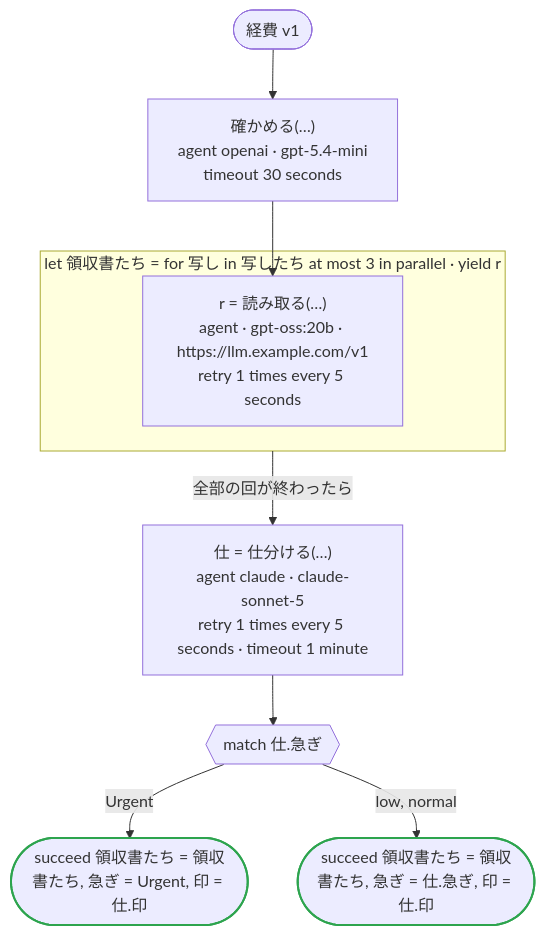
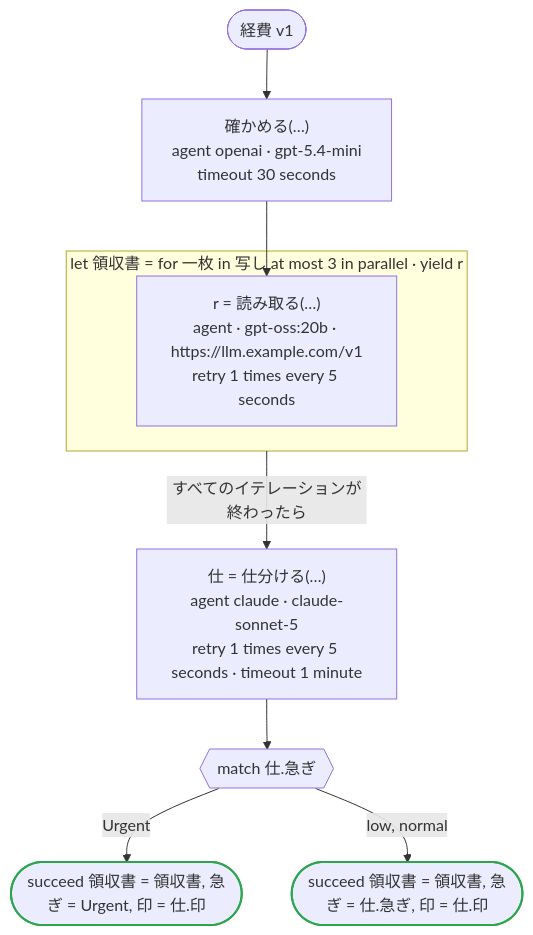
Before and after one commit to i2y/ritsu: the diagram in crates/dandori/tests/doc/tests-flows-agents.ja.md, drawn with Mermaid. The commit also changed other lines of this file and 143 other files, not shown here.

````diff
--- a/crates/dandori/tests/doc/tests-flows-agents.ja.md
+++ b/crates/dandori/tests/doc/tests-flows-agents.ja.md
@@ -9,21 +9,21 @@
 ```mermaid
 flowchart TD
     start(["経費 v1"])
     s1["確かめる(…)<br>agent openai · gpt-5.4-mini<br>timeout 30 seconds"]
-    subgraph L2 ["let 領収書たち = for 写し in 写したち at most 3 in parallel · yield r"]
+    subgraph L2 ["let 領収書 = for 一枚 in 写し at most 3 in parallel · yield r"]
         s3["r = 読み取る(…)<br>agent · gpt-oss:20b · https://llm.example.com/v1<br>retry 1 times every 5 seconds"]
     end
     s4["仕 = 仕分ける(…)<br>agent claude · claude-sonnet-5<br>retry 1 times every 5 seconds · timeout 1 minute"]
     s5{{"match 仕.急ぎ"}}
-    s6(["succeed 領収書たち = 領収書たち, 急ぎ = Urgent, 印 = 仕.印"])
-    s7(["succeed 領収書たち = 領収書たち, 急ぎ = 仕.急ぎ, 印 = 仕.印"])
+    s6(["succeed 領収書 = 領収書, 急ぎ = Urgent, 印 = 仕.印"])
+    s7(["succeed 領収書 = 領収書, 急ぎ = 仕.急ぎ, 印 = 仕.印"])
     start --> s1
     s1 --> s3
-    L2 -->|"全部の回が終わったら"| s4
+    L2 -->|"すべてのイテレーションが終わったら"| s4
     s4 --> s5
     s5 -->|"Urgent"| s6
     s5 -->|"low, normal"| s7
     classDef ok stroke:#2da44e,stroke-width:2px
     classDef bad stroke:#cf222e,stroke-width:2px
     class s6,s7 ok
 ```
````
